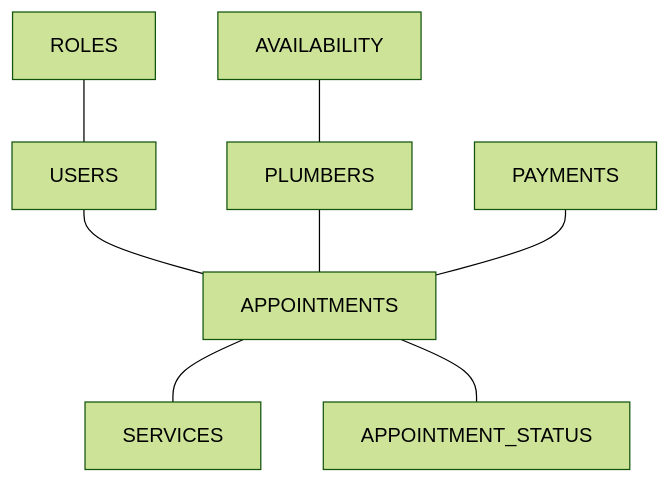
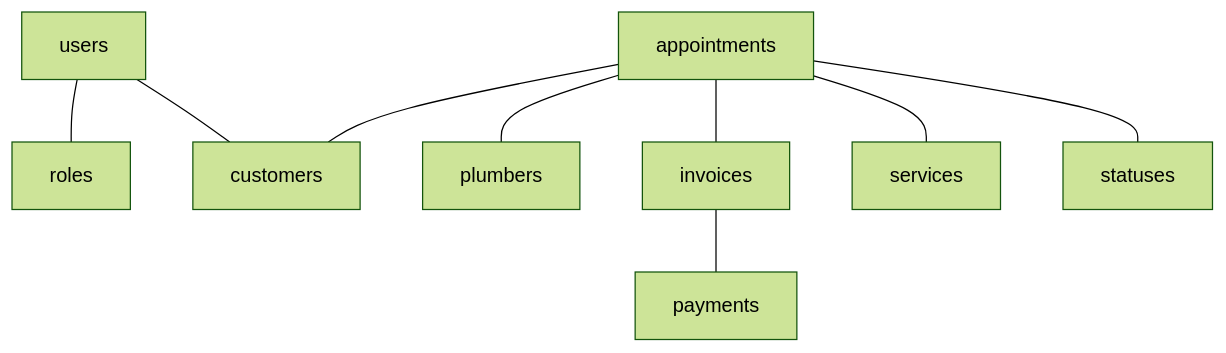
Before and after one commit to KerryK2021/Plumbing-Company-Appointment-System: the first of 2 diagrams in README.md, drawn with Mermaid (forest theme). The commit also changed other lines of this file, not shown here.

````diff
--- a/README.md
+++ b/README.md
@@ -5,10 +5,11 @@
 ```mermaid
-flowchart 
-  USERS --- APPOINTMENTS
-  PLUMBERS --- APPOINTMENTS
-  APPOINTMENTS --- SERVICES
-  APPOINTMENTS --- APPOINTMENT_STATUS
-  PAYMENTS --- APPOINTMENTS
-  AVAILABILITY --- PLUMBERS
-  ROLES --- USERS
+flowchart
+appointments --- customers
+appointments --- plumbers
+appointments --- invoices
+invoices --- payments
+users --- roles
+appointments --- services
+appointments --- statuses
+users --- customers
 ```
````
